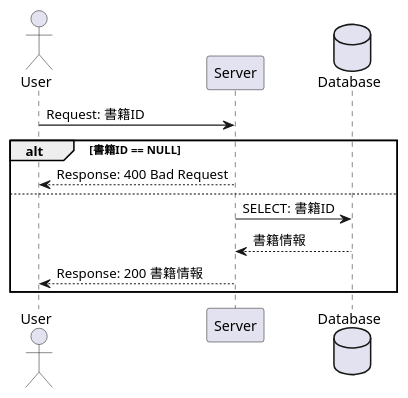
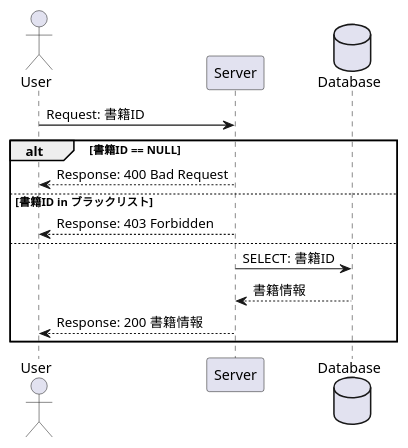
Before and after one commit to CorydorasNomu/plantumldemo: the diagram in sample.pu, drawn with PlantUML.

Commit message:
[add] #001 発禁処分の書籍対応
発禁処分の書籍IDなら403を返却する分岐を追加

```diff
--- a/sample.pu
+++ b/sample.pu
@@ -1,14 +1,16 @@
 @startuml Sample Sequence
 actor       User     as user
 participant Server   as server
 database    Database as db
 
 user -> server: Request: 書籍ID
 alt 書籍ID == NULL
   user <-- server: Response: 400 Bad Request
+else 書籍ID in ブラックリスト
+  user <-- server: Response: 403 Forbidden
 else
   server -> db: SELECT: 書籍ID
   server <-- db: 書籍情報
   user <-- server: Response: 200 書籍情報
 end
 @enduml
```
